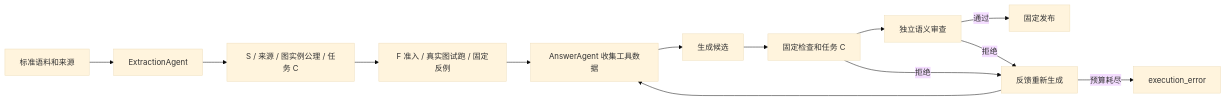
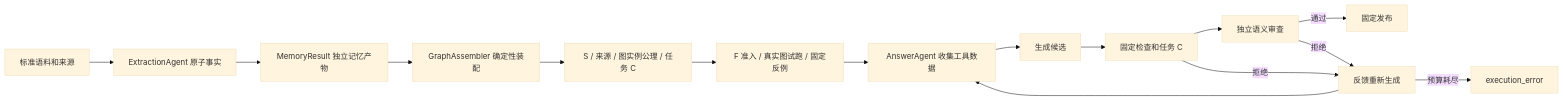
Before and after one commit to gogoingai/DarwinAgent: the second of 2 diagrams in docs/ARCHITECTURE.md, drawn with Mermaid (base theme). The commit also changed other lines of this file and 12 other files, not shown here.

````diff
--- a/docs/ARCHITECTURE.md
+++ b/docs/ARCHITECTURE.md
@@ -113,15 +124,17 @@
 ```mermaid
 flowchart LR
-  A[标准语料和来源] --> E[ExtractionAgent]
-  E --> G[S / 来源 / 图实例公理 / 任务 C]
+  A[标准语料和来源] --> E[ExtractionAgent 原子事实]
+  E --> M[MemoryResult 独立记忆产物]
+  M --> GA[GraphAssembler 确定性装配]
+  GA --> G[S / 来源 / 图实例公理 / 任务 C]
   G --> T[F 准入 / 真实图试跑 / 固定反例]
   T --> Q[AnswerAgent 收集工具数据]
   Q --> D[生成候选]
   D --> C[固定检查和任务 C]
   C --> R[独立语义审查]
   R -->|通过| P[固定发布]
   C -->|拒绝| F[反馈重新生成]
   R -->|拒绝| F
   F --> Q
   F -->|预算耗尽| X[execution_error]
 ```
````
